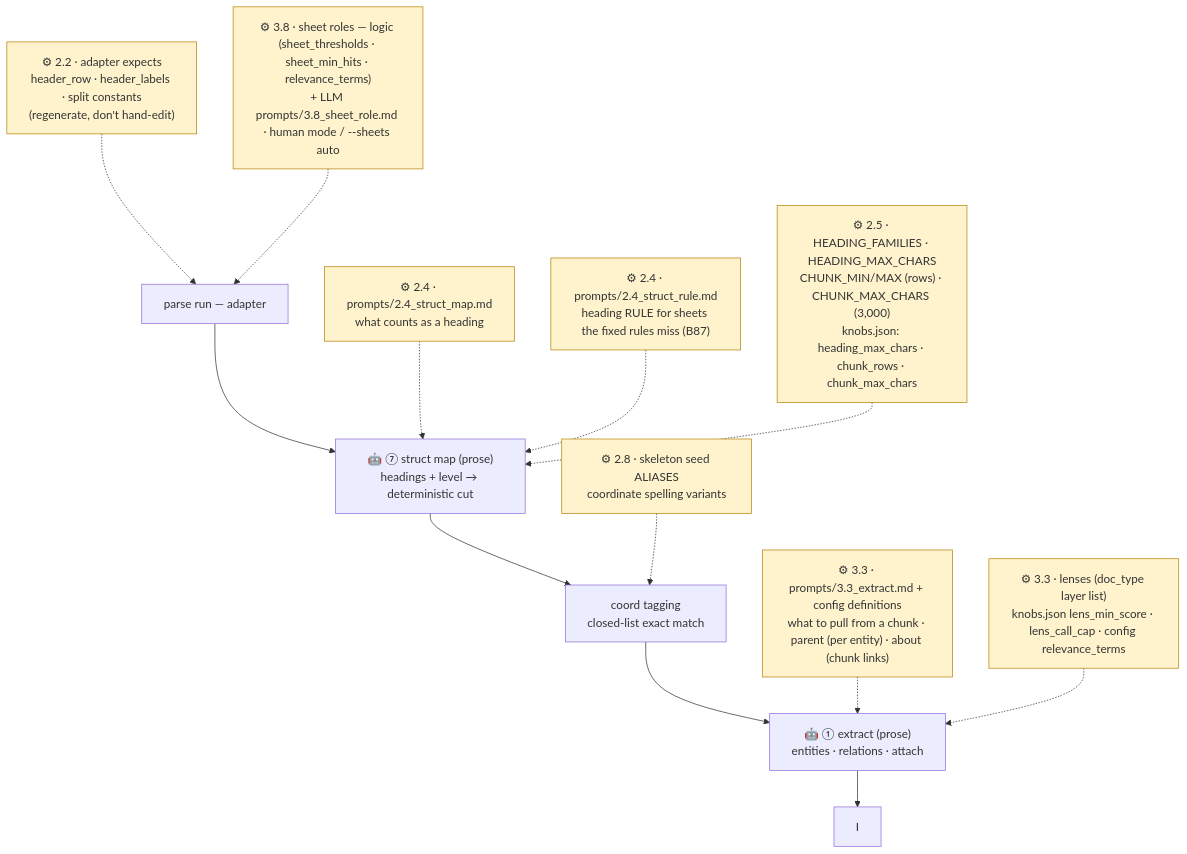
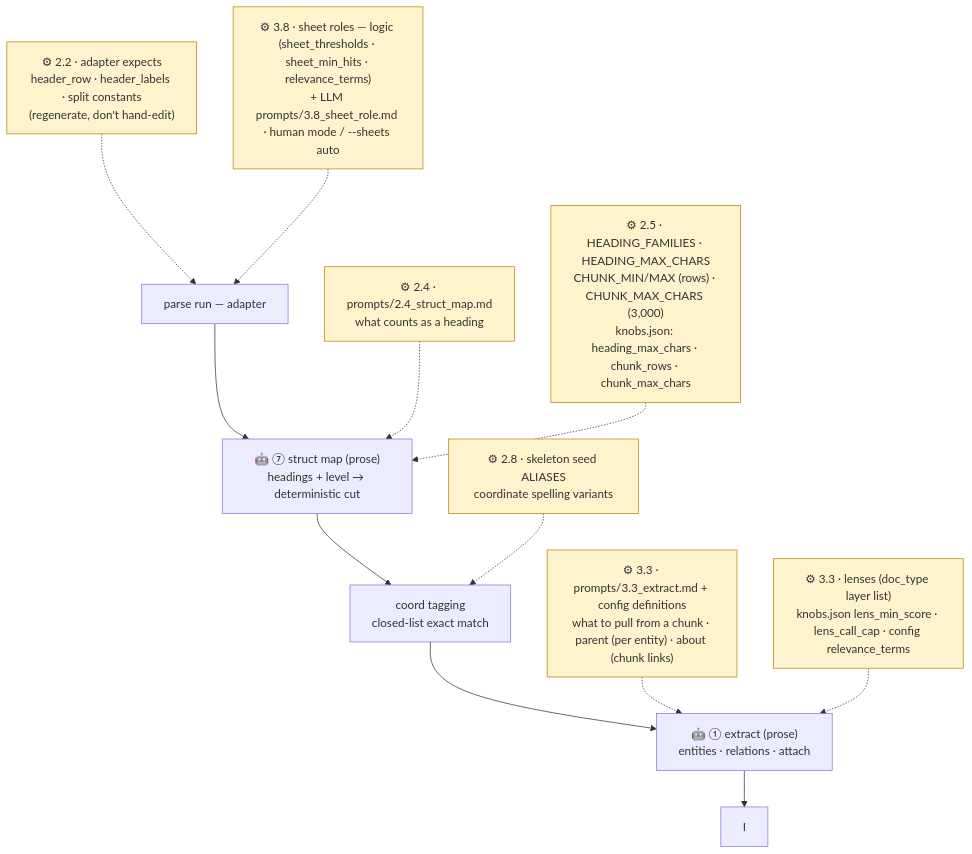
Before and after one commit to playjae0/ontology_system: the second of 4 diagrams in docs/구조도/05_조절_지도.md, drawn with Mermaid. The commit also changed other lines of this file and 44 other files, not shown here.

````diff
--- a/docs/구조도/05_조절_지도.md
+++ b/docs/구조도/05_조절_지도.md
@@ -41,17 +41,16 @@
 ```mermaid
 flowchart TD
   G["parse run — adapter"] --> G2["🤖 ⑦ struct map (prose)<br/>headings + level → deterministic cut"]
   G2 --> H["coord tagging<br/>closed-list exact match"]
   H --> X["🤖 ① extract (prose)<br/>entities · relations · attach"]
   X --> I
 
   Q0["⚙ 2.2 · adapter expects<br/>header_row · header_labels · split constants<br/>(regenerate, don't hand-edit)"]:::knob -.-> G
   Q7["⚙ 2.4 · prompts/2.4_struct_map.md<br/>what counts as a heading"]:::knob -.-> G2
-  Q9["⚙ 2.4 · prompts/2.4_struct_rule.md<br/>heading RULE for sheets the fixed rules miss (B87)"]:::knob -.-> G2
   Q10["⚙ 2.5 · HEADING_FAMILIES · HEADING_MAX_CHARS<br/>CHUNK_MIN/MAX (rows) · CHUNK_MAX_CHARS (3,000)<br/>knobs.json: heading_max_chars · chunk_rows · chunk_max_chars"]:::knob -.-> G2
   Q11["⚙ 3.8 · sheet roles — logic (sheet_thresholds · sheet_min_hits · relevance_terms)<br/>+ LLM prompts/3.8_sheet_role.md · human mode / --sheets auto"]:::knob -.-> G
   Q1["⚙ 2.8 · skeleton seed ALIASES<br/>coordinate spelling variants"]:::knob -.-> H
   Q8["⚙ 3.3 · prompts/3.3_extract.md + config definitions<br/>what to pull from a chunk · parent (per entity) · about (chunk links)"]:::knob -.-> X
   Q12["⚙ 3.3 · lenses (doc_type layer list)<br/>knobs.json lens_min_score · lens_call_cap · config relevance_terms"]:::knob -.-> X
   classDef knob fill:#fff3cd,stroke:#b8860b
 ```
````
